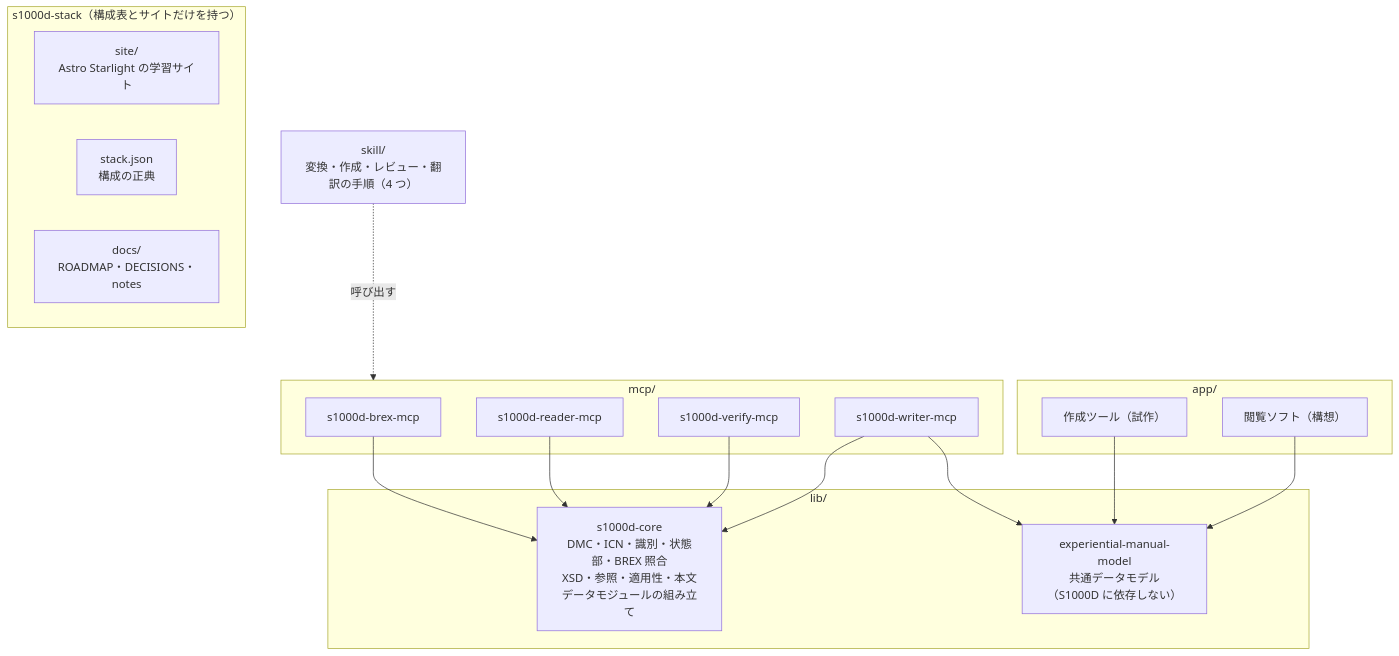
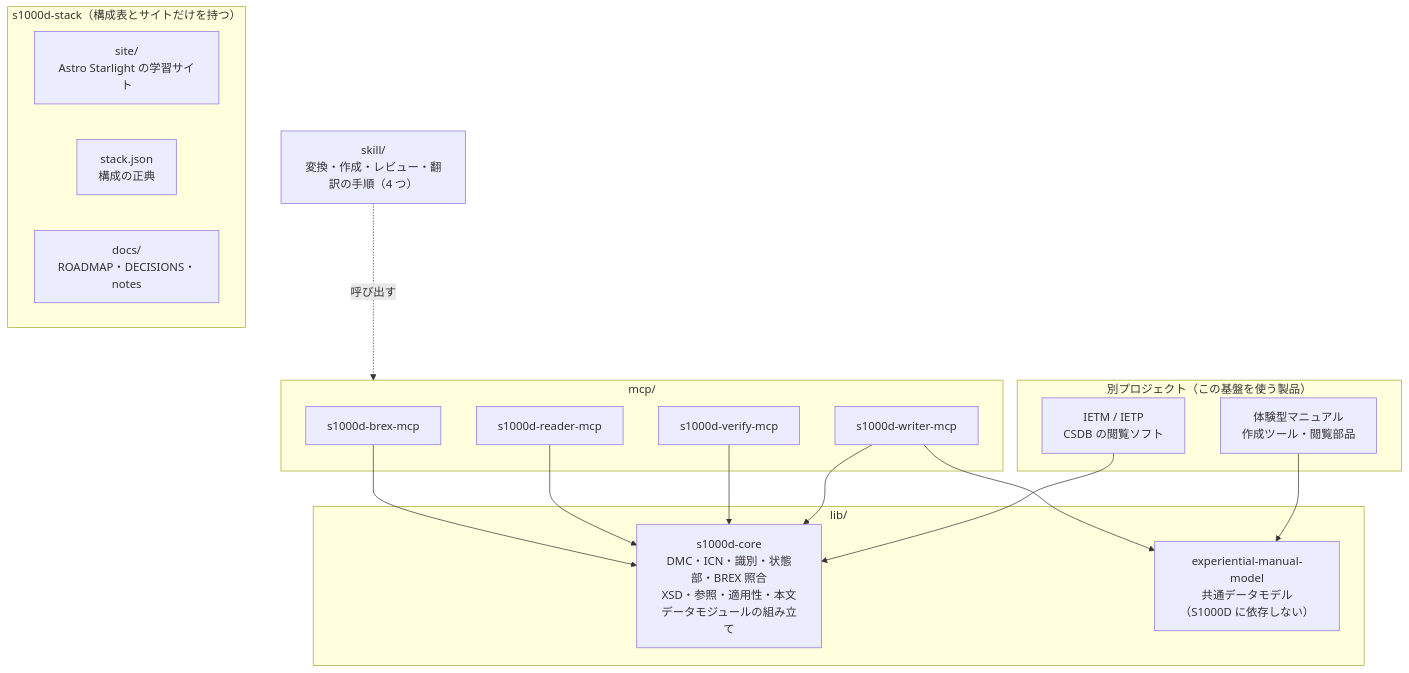
Before and after one commit to shuji-bonji/s1000d-stack: the diagram in README.ja.md, drawn with Mermaid. The commit also changed other lines of this file and 9 other files, not shown here.

````diff
--- a/README.ja.md
+++ b/README.ja.md
@@ -39,31 +38,31 @@
 ```mermaid
 flowchart TB
   subgraph Hub["s1000d-stack（構成表とサイトだけを持つ）"]
     SITE["site/<br/>Astro Starlight の学習サイト"]
     STACK["stack.json<br/>構成の正典"]
     DOCS["docs/<br/>ROADMAP・DECISIONS・notes"]
   end
   subgraph Lib["lib/"]
     CORE["s1000d-core<br/>DMC・ICN・識別・状態部・BREX 照合<br/>XSD・参照・適用性・本文<br/>データモジュールの組み立て"]
     MODEL["experiential-manual-model<br/>共通データモデル（S1000D に依存しない）"]
   end
   subgraph Mcp["mcp/"]
     BREX["s1000d-brex-mcp"]
     R["s1000d-reader-mcp"]
     V["s1000d-verify-mcp"]
     W["s1000d-writer-mcp"]
   end
-  subgraph App["app/"]
-    ED["作成ツール（試作）"]
-    VW["閲覧ソフト（構想）"]
+  subgraph Products["別プロジェクト（この基盤を使う製品）"]
+    XM["体験型マニュアル<br/>作成ツール・閲覧部品"]
+    IETP["IETM / IETP<br/>CSDB の閲覧ソフト"]
   end
   SK["skill/<br/>変換・作成・レビュー・翻訳の手順（4 つ）"]
   BREX --> CORE
   R --> CORE
   V --> CORE
   W --> CORE
   W --> MODEL
-  ED --> MODEL
-  VW --> MODEL
+  XM --> MODEL
+  IETP --> CORE
   SK -.呼び出す.-> Mcp
 ```
````
